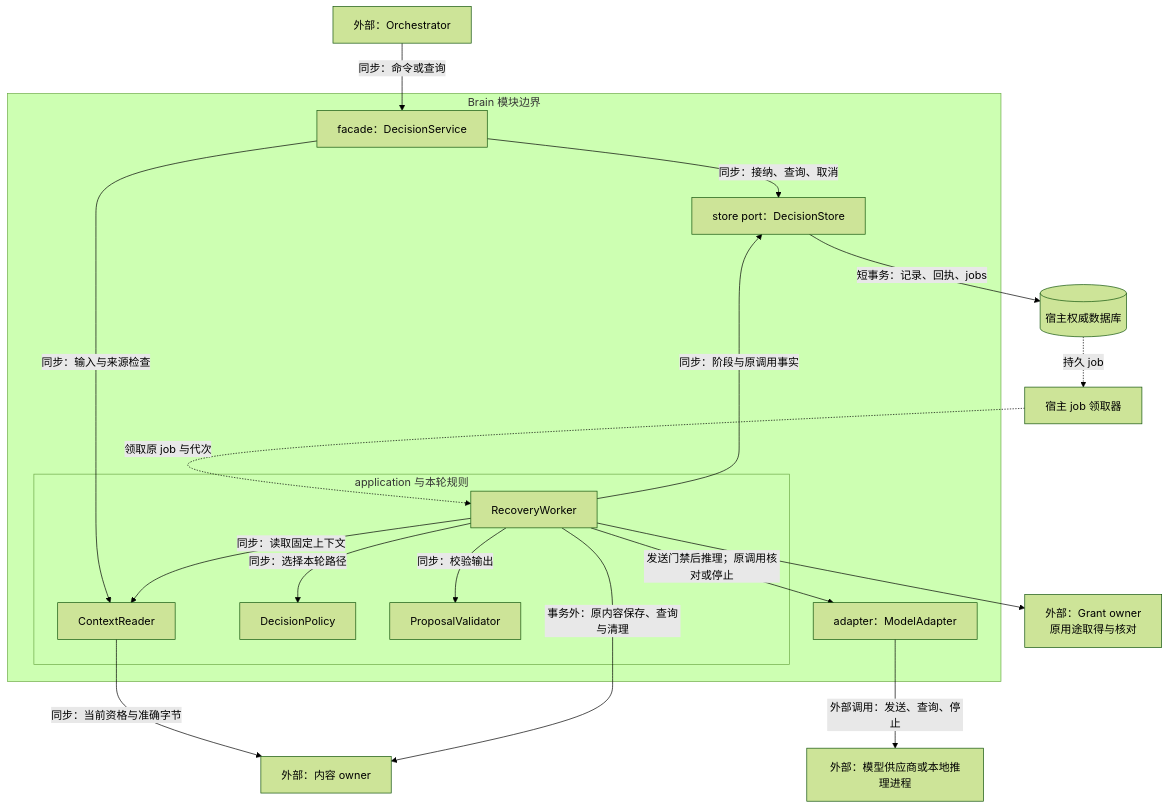
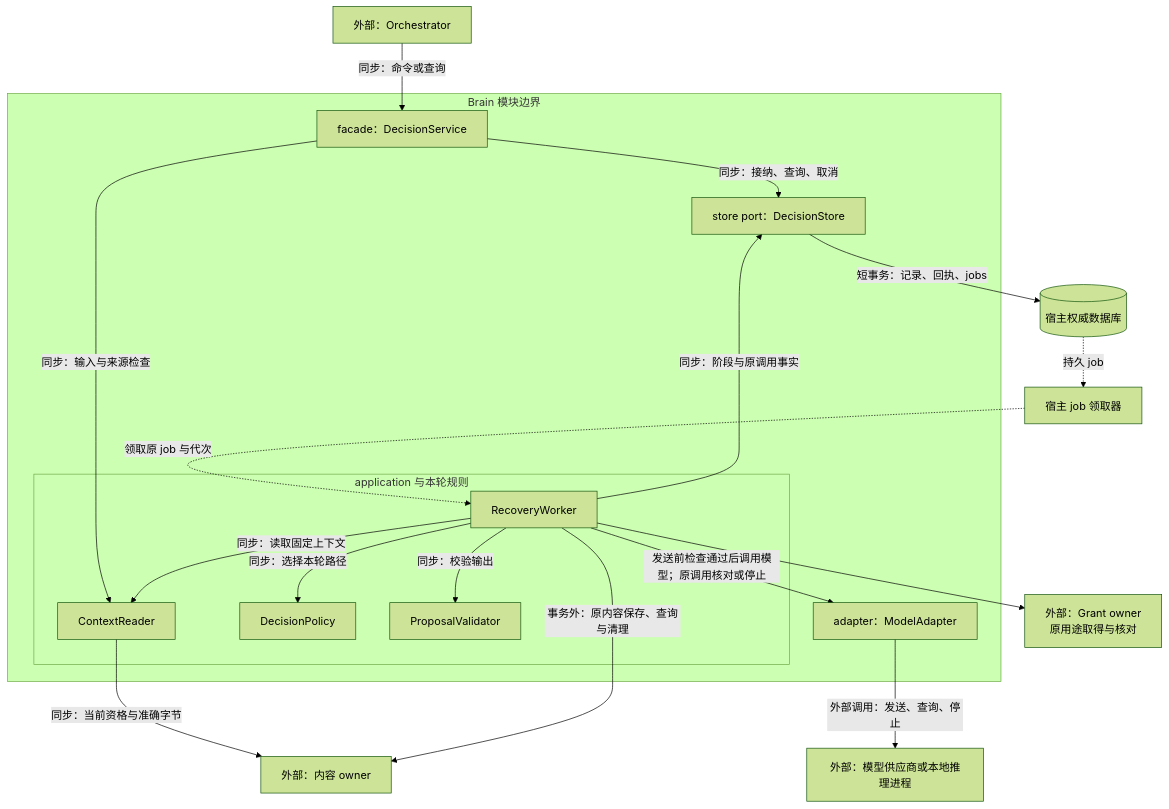
The first of 4 diagrams in docs/architecture/brain/implementation.md (ruipengliu/lerna), drawn with Mermaid (forest theme) before and after one commit. The commit also changed other lines of this file and 205 other files, not shown here.

Commit message:
docs: unify architecture terminology

````diff
--- a/docs/architecture/brain/implementation.md
+++ b/docs/architecture/brain/implementation.md
@@ -39,35 +39,35 @@
 ```mermaid
 flowchart TB
     H[外部：Orchestrator]
     O[外部：内容 owner]
     G[外部：Grant owner<br/>原用途取得与核对]
     P[外部：模型供应商或本地推理进程]
     DB[(宿主权威数据库)]
     J[宿主 job 领取器]
     subgraph B[Brain 模块边界]
       D[facade：DecisionService]
       subgraph A[application 与本轮规则]
         C[ContextReader]
         R[DecisionPolicy]
         V[ProposalValidator]
         W[RecoveryWorker]
       end
       S[store port：DecisionStore]
       M[adapter：ModelAdapter]
       D -->|同步：输入与来源检查| C
       D -->|同步：接纳、查询、取消| S
       W -->|同步：读取固定上下文| C
       W -->|同步：选择本轮路径| R
       W -->|同步：校验输出| V
       W -->|同步：阶段与原调用事实| S
-      W -->|发送门禁后推理；原调用核对或停止| M
+      W -->|发送前检查通过后调用模型；原调用核对或停止| M
     end
     H -->|同步：命令或查询| D
     C -->|同步：当前资格与准确字节| O
     W -->|事务外：原内容保存、查询与清理| O
     W --> G
     M -->|外部调用：发送、查询、停止| P
     S -->|短事务：记录、回执、jobs| DB
     DB -.持久 job.-> J
     J -.领取原 job 与代次.-> W
 ```
````
